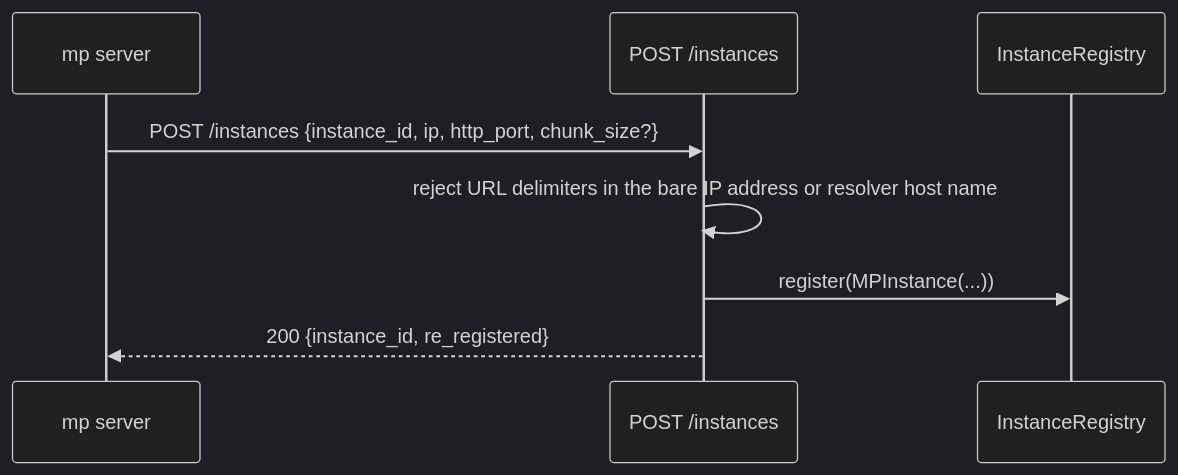
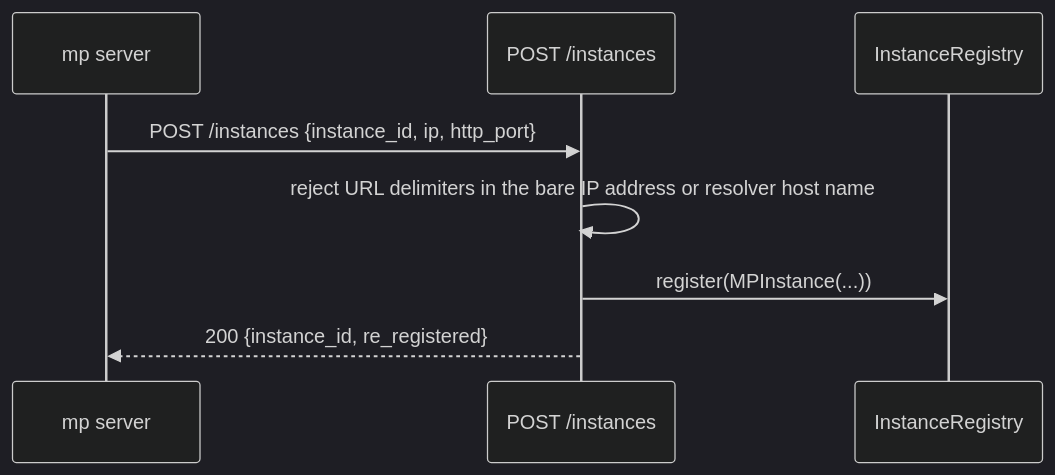
Before and after one commit to LMCache/LMCache: the first of 2 diagrams in docs/design/v1/mp_coordinator/README.md, drawn with Mermaid (dark theme). The commit also changed other lines of this file and 70 other files, not shown here.

Commit message:
[Feature] Support multi chunk size in lmcache mp server

````diff
--- a/docs/design/v1/mp_coordinator/README.md
+++ b/docs/design/v1/mp_coordinator/README.md
@@ -105,11 +104,11 @@
 ```mermaid
 sequenceDiagram
     participant C as mp server
     participant API as POST /instances
     participant Reg as InstanceRegistry
 
-    C->>API: POST /instances {instance_id, ip, http_port, chunk_size?}
+    C->>API: POST /instances {instance_id, ip, http_port}
     API->>API: reject URL delimiters in the bare IP address or resolver host name
     API->>Reg: register(MPInstance(...))
     API-->>C: 200 {instance_id, re_registered}
 ```
````
